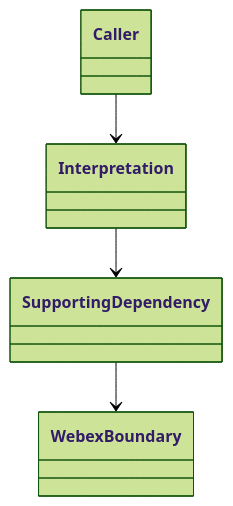
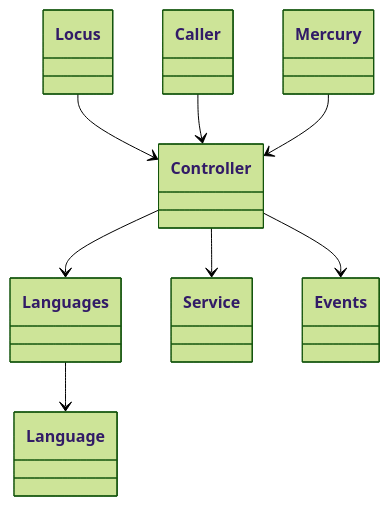
One commit to webex/webex-js-sdk changed the fourth of 5 diagrams in packages/@webex/plugin-meetings/src/interpretation/ai-docs/interpretation-spec.md. Above: the diagram before and after it, drawn with Mermaid (forest theme). The commit also changed other lines of this file and 26 other files, not shown here.

````diff
--- a/packages/@webex/plugin-meetings/src/interpretation/ai-docs/interpretation-spec.md
+++ b/packages/@webex/plugin-meetings/src/interpretation/ai-docs/interpretation-spec.md
@@ -142,10 +156,18 @@
 ```mermaid
 classDiagram
+  class Locus
+  class Controller
+  class Languages
+  class Language
   class Caller
-  class Interpretation
-  class SupportingDependency
-  class WebexBoundary
-  Caller --> Interpretation
-  Interpretation --> SupportingDependency
-  SupportingDependency --> WebexBoundary
+  class Service
+  class Mercury
+  class Events
+  Locus --> Controller
+  Controller --> Languages
+  Languages --> Language
+  Caller --> Controller
+  Controller --> Service
+  Mercury --> Controller
+  Controller --> Events
 ```
````
